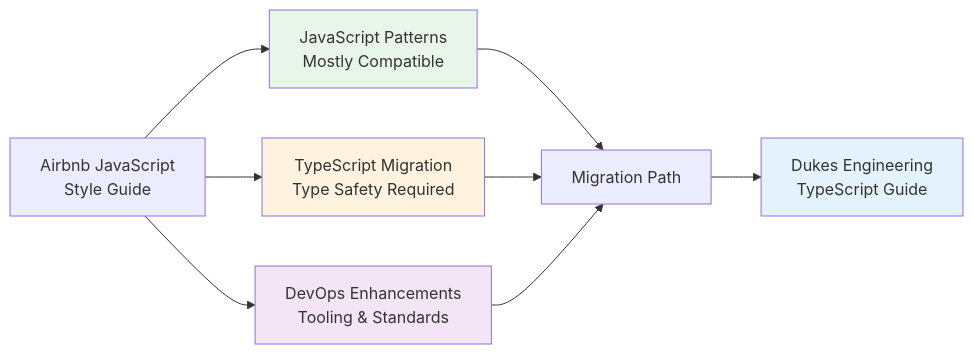
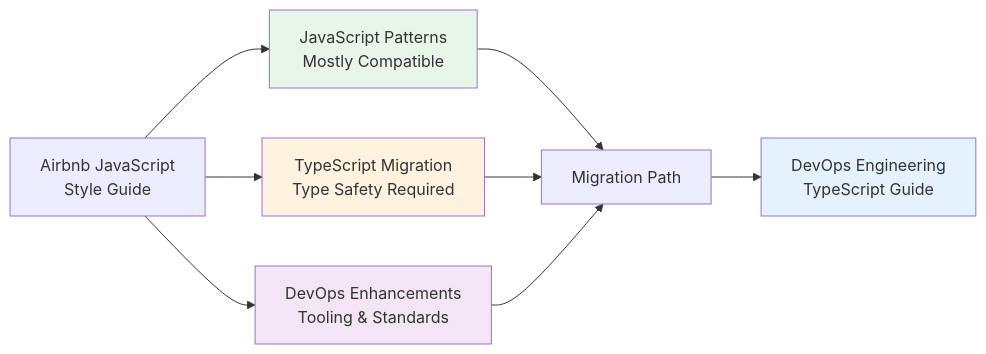
Before and after one commit to tydukes/coding-style-guide: the diagram in docs/10_migration_guides/from_airbnb.md, drawn with Mermaid. The commit also changed other lines of this file and 5 other files, not shown here.

First line of the commit message:
docs: complete rename to DevOps Engineering Style Guide

````diff
--- a/docs/10_migration_guides/from_airbnb.md
+++ b/docs/10_migration_guides/from_airbnb.md
@@ -37,17 +37,17 @@
 ```mermaid
 graph LR
     Airbnb[Airbnb JavaScript<br/>Style Guide] --> JavaScript[JavaScript Patterns<br/>Mostly Compatible]
     Airbnb --> TypeScript[TypeScript Migration<br/>Type Safety Required]
     Airbnb --> DevOps[DevOps Enhancements<br/>Tooling & Standards]
 
     JavaScript --> Migration[Migration Path]
     TypeScript --> Migration
     DevOps --> Migration
 
-    Migration --> Dukes[Dukes Engineering<br/>TypeScript Guide]
+    Migration --> Dukes[DevOps Engineering<br/>TypeScript Guide]
 
     style JavaScript fill:#e8f5e9
     style TypeScript fill:#fff3e0
     style DevOps fill:#f3e5f5
     style Dukes fill:#e3f2fd
 ```
````
